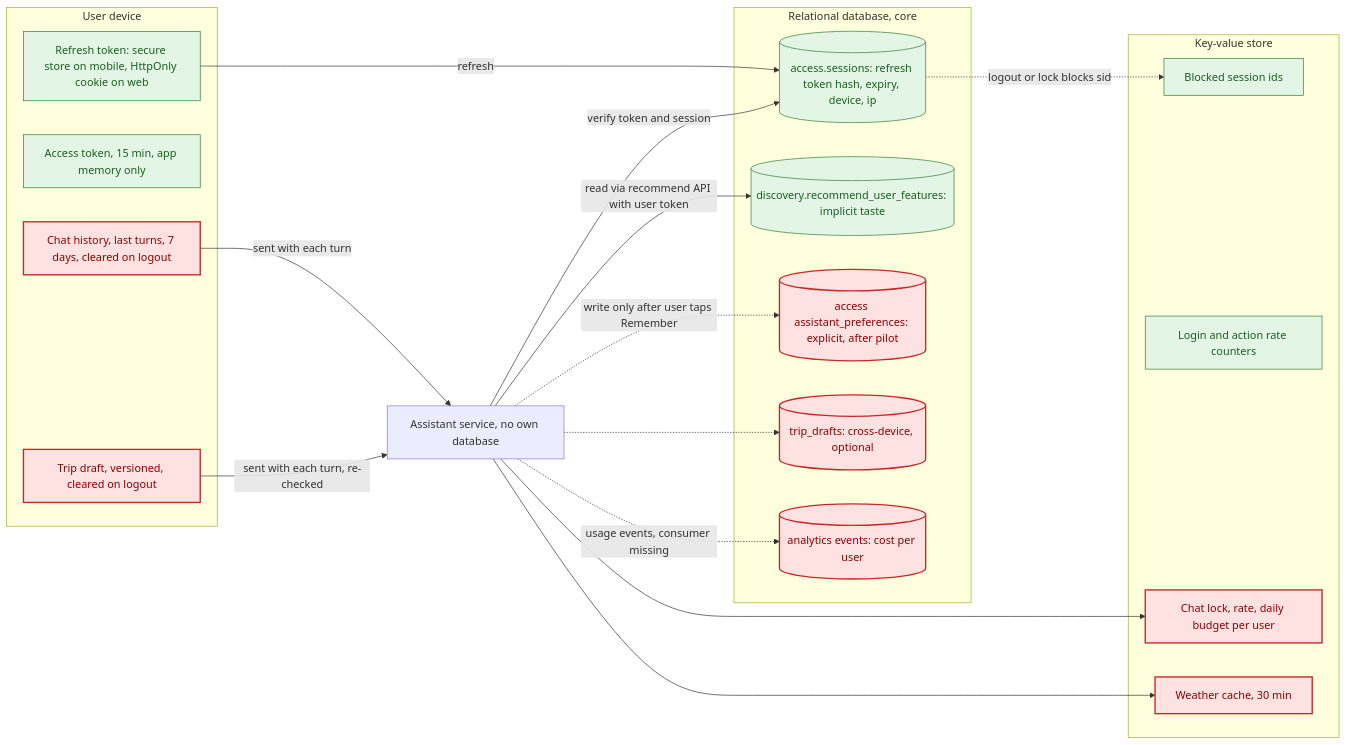
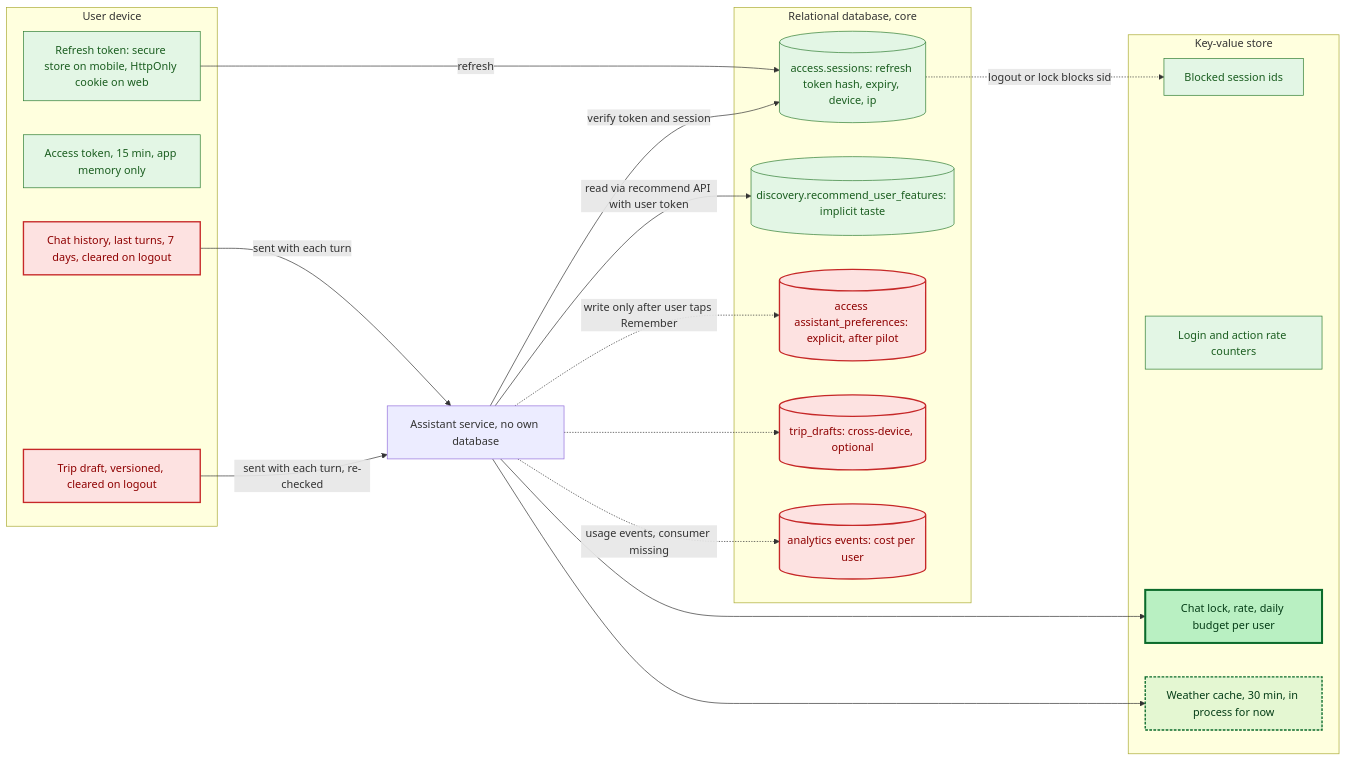
One commit to Sukemcute/tripflix-ai changed the fifth of 5 diagrams in docs/architecture/tripi-agent-kien-truc-chi-tiet.md. Above: the diagram before and after it, drawn with Mermaid. The commit also changed other lines of this file and 1 other file, not shown here.

````diff
--- a/docs/architecture/tripi-agent-kien-truc-chi-tiet.md
+++ b/docs/architecture/tripi-agent-kien-truc-chi-tiet.md
@@ -404,41 +414,43 @@
 ```mermaid
 flowchart LR
+classDef built fill:#b9f0c2,stroke:#0b6b2b,color:#053d17,stroke-width:3px
+classDef partbuilt fill:#e4f7d2,stroke:#0b6b2b,color:#053d17,stroke-width:2px,stroke-dasharray:4 2
 classDef exists fill:#e3f6e5,stroke:#2e7d32,color:#1b5e20
 classDef missing fill:#fde2e1,stroke:#c62828,color:#8e0000,stroke-width:2px
 
 subgraph DEV["User device"]
   D1["Refresh token: secure store on mobile, HttpOnly cookie on web"]:::exists
   D2["Access token, 15 min, app memory only"]:::exists
   D3["Chat history, last turns, 7 days, cleared on logout"]:::missing
   D4["Trip draft, versioned, cleared on logout"]:::missing
 end
 
 subgraph KVS["Key-value store"]
   R1["Blocked session ids"]:::exists
   R2["Login and action rate counters"]:::exists
-  R3["Chat lock, rate, daily budget per user"]:::missing
-  R4["Weather cache, 30 min"]:::missing
+  R3["Chat lock, rate, daily budget per user"]:::built
+  R4["Weather cache, 30 min, in process for now"]:::partbuilt
 end
 
 subgraph RDB["Relational database, core"]
   P1[("access.sessions: refresh token hash, expiry, device, ip")]:::exists
   P2[("discovery.recommend_user_features: implicit taste")]:::exists
   P3[("access assistant_preferences: explicit, after pilot")]:::missing
   P4[("trip_drafts: cross-device, optional")]:::missing
   P5[("analytics events: cost per user")]:::missing
 end
 
 AIS["Assistant service, no own database"]
 
 D1 -->|"refresh"| P1
 P1 -.->|"logout or lock blocks sid"| R1
 D3 -->|"sent with each turn"| AIS
 D4 -->|"sent with each turn, re-checked"| AIS
 AIS -->|"verify token and session"| P1
 AIS --> R3
 AIS --> R4
 AIS -->|"read via recommend API with user token"| P2
 AIS -.->|"write only after user taps Remember"| P3
 AIS -.-> P4
 AIS -.->|"usage events, consumer missing"| P5
 ```
````
